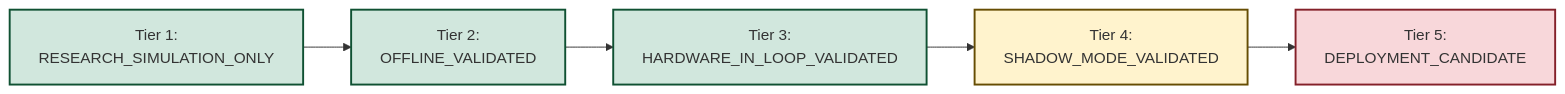
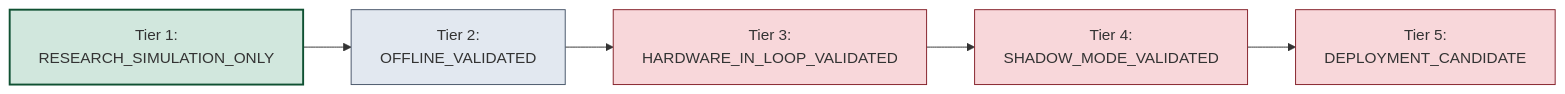
One commit to DucAnh1302/SmartHVACControlByDoubleQLearning changed the first of 2 diagrams in REAL_WORLD_READINESS.md. Above: the diagram before and after it, drawn with Mermaid. The commit also changed 9 other files, not shown here.

````diff
--- a/REAL_WORLD_READINESS.md
+++ b/REAL_WORLD_READINESS.md
@@ -8,13 +8,13 @@
 ```mermaid
 flowchart LR
     Tier1["Tier 1:<br/>RESEARCH_SIMULATION_ONLY"] --> Tier2["Tier 2:<br/>OFFLINE_VALIDATED"]
     Tier2 --> Tier3["Tier 3:<br/>HARDWARE_IN_LOOP_VALIDATED"]
     Tier3 --> Tier4["Tier 4:<br/>SHADOW_MODE_VALIDATED"]
     Tier4 --> Tier5["Tier 5:<br/>DEPLOYMENT_CANDIDATE"]
 
     style Tier1 fill:#d1e7dd,stroke:#0f5132,stroke-width:2px
-    style Tier2 fill:#d1e7dd,stroke:#0f5132,stroke-width:2px
-    style Tier3 fill:#d1e7dd,stroke:#0f5132,stroke-width:2px
-    style Tier4 fill:#fff3cd,stroke:#664d03,stroke-width:2px
-    style Tier5 fill:#f8d7da,stroke:#842029,stroke-width:2px
+    style Tier2 fill:#e2e8f0,stroke:#475569,stroke-width:1px
+    style Tier3 fill:#f8d7da,stroke:#842029,stroke-width:1px
+    style Tier4 fill:#f8d7da,stroke:#842029,stroke-width:1px
+    style Tier5 fill:#f8d7da,stroke:#842029,stroke-width:1px
 ```
````
